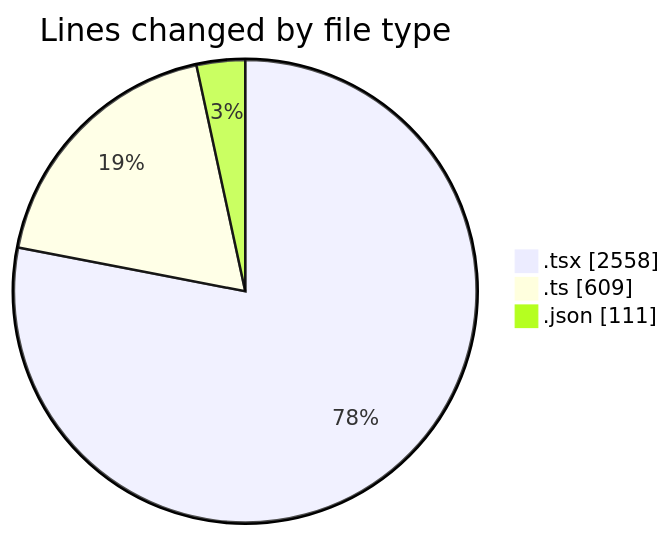
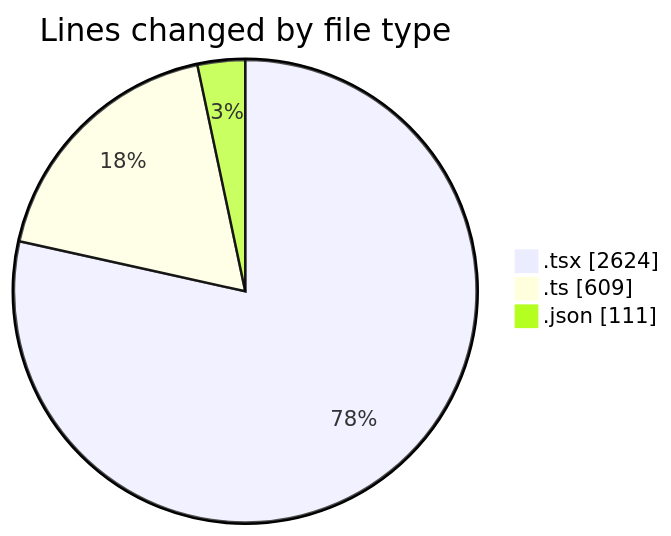
One commit to julien-gomy/code-tracking changed the first of 2 diagrams in 2025-11-08/eventscop-frontend-guide__workspace_/README.md. Above: the diagram before and after it, drawn with Mermaid. The commit also changed other lines of this file and 1 other file, not shown here.

````diff
--- a/2025-11-08/eventscop-frontend-guide__workspace_/README.md
+++ b/2025-11-08/eventscop-frontend-guide__workspace_/README.md
@@ -42,7 +43,7 @@
 ```mermaid
 pie showData
 title Lines changed by file type
-".tsx" : 2558
+".tsx" : 2624
 ".ts" : 609
 ".json" : 111
 ```
````
